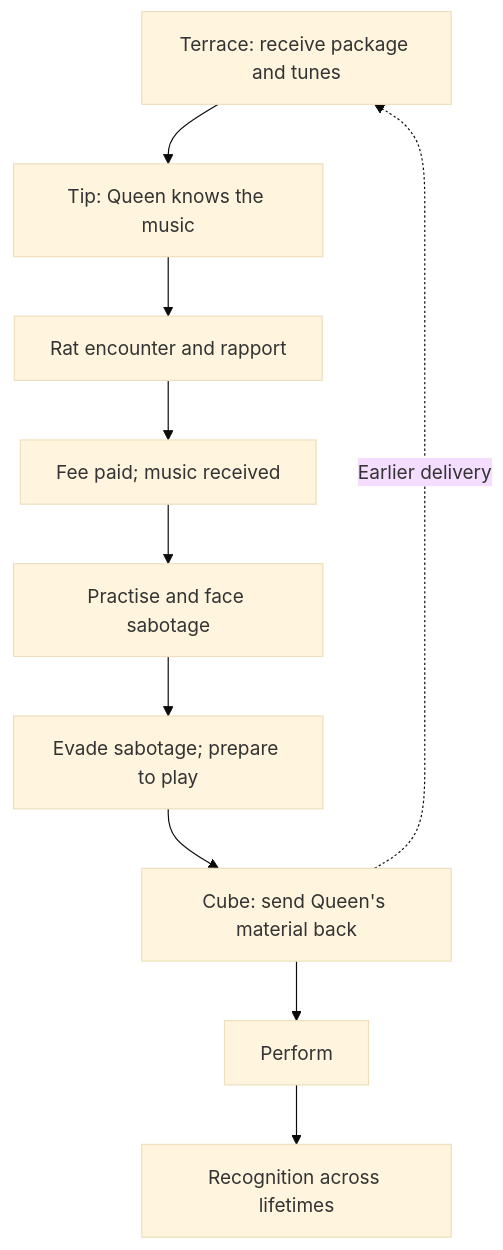
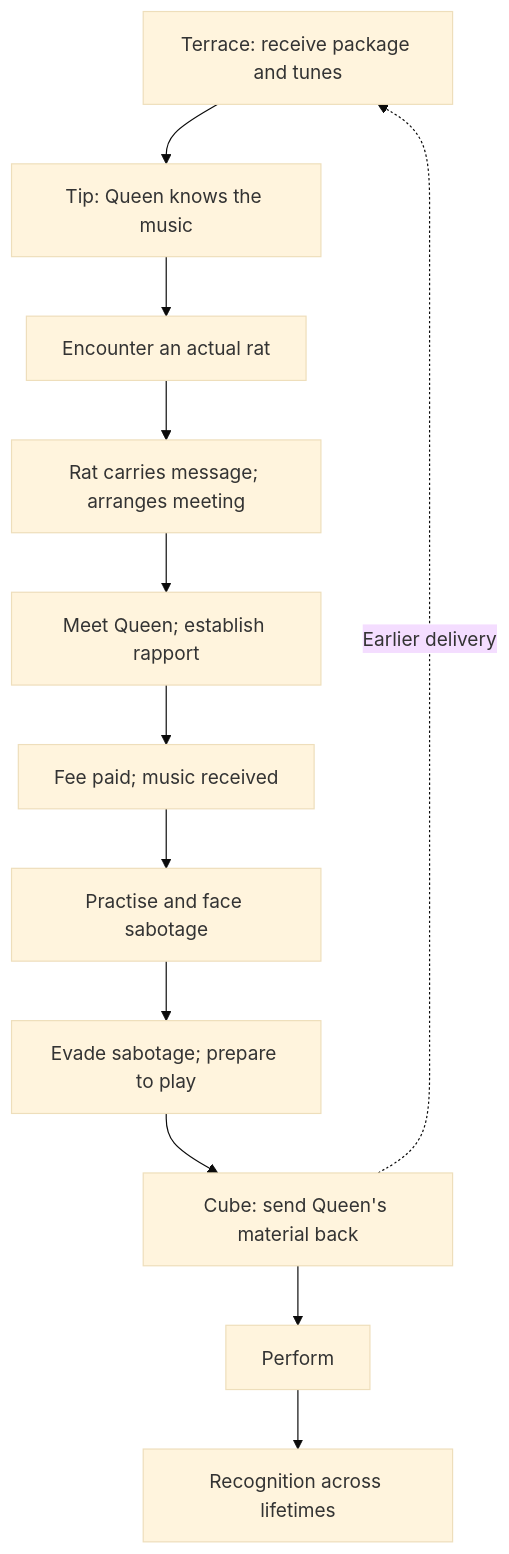
One commit to karun777/future-sky changed the diagram in docs/wings/W4-F9_MUSIC_CUSTODY_AND_CONDITIONS.md. Above: the diagram before and after it, drawn with Mermaid (base theme). The commit also changed other lines of this file and 2 other files, not shown here.

Commit message:
Clarify actual rat messenger and separate Queen meeting

````diff
--- a/docs/wings/W4-F9_MUSIC_CUSTODY_AND_CONDITIONS.md
+++ b/docs/wings/W4-F9_MUSIC_CUSTODY_AND_CONDITIONS.md
@@ -27,12 +27,14 @@
 ```mermaid
 flowchart TD
     A["Terrace: receive package and tunes"] --> B["Tip: Queen knows the music"]
-    B --> C["Rat encounter and rapport"]
-    C --> D["Fee paid; music received"]
+    B --> C["Encounter an actual rat"]
+    C --> R["Rat carries message; arranges meeting"]
+    R --> Q["Meet Queen; establish rapport"]
+    Q --> D["Fee paid; music received"]
     D --> E["Practise and face sabotage"]
     E --> F["Evade sabotage; prepare to play"]
     F --> G["Cube: send Queen's material back"]
     G --> H["Perform"]
     H --> I["Recognition across lifetimes"]
     G -.->|Earlier delivery| A
 ```
````
